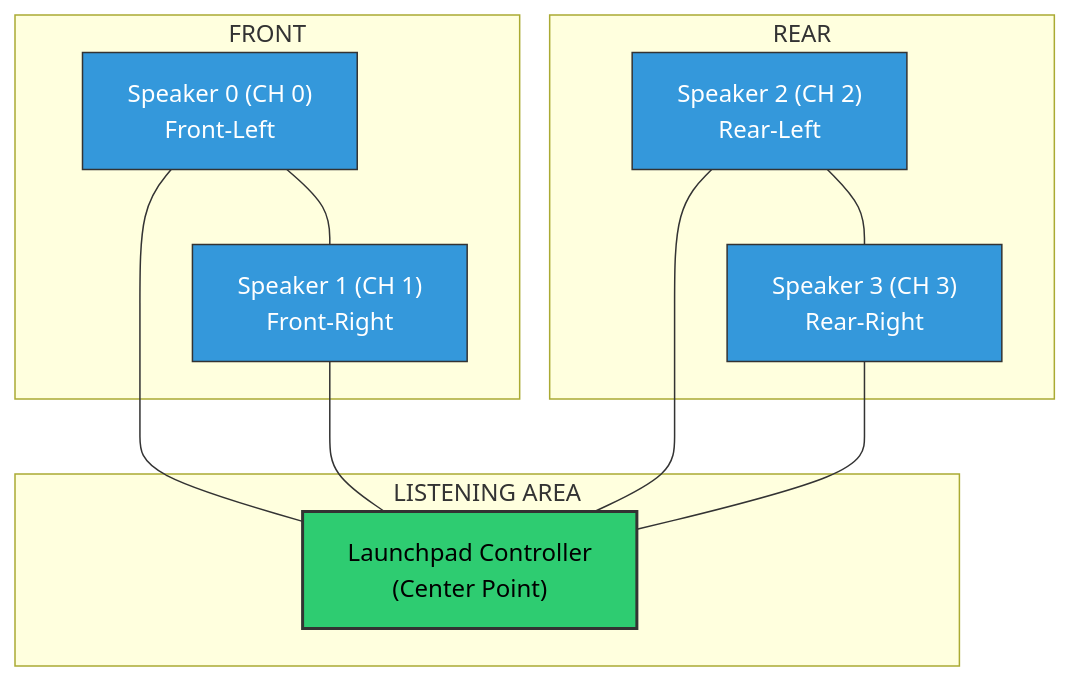
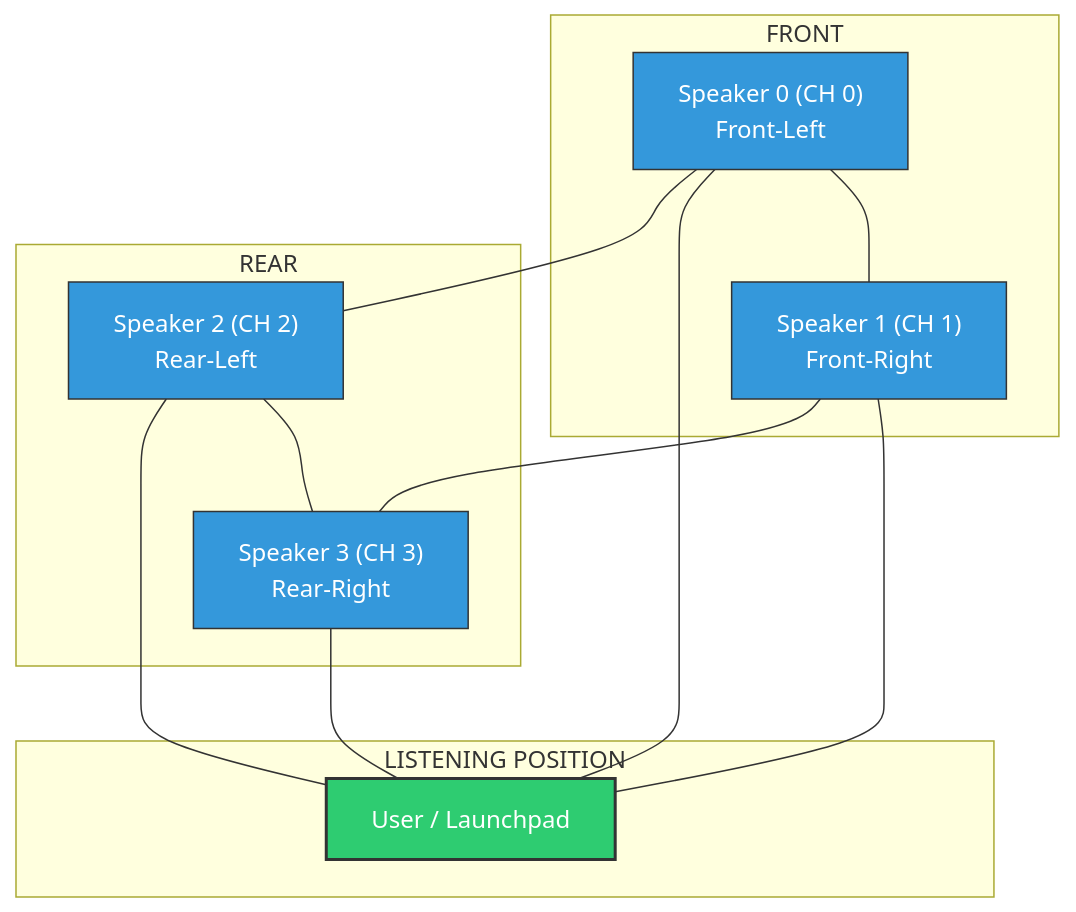
Before and after one commit to YeshiNamkhai/ResonatingWithYou: the diagram in README.md, drawn with Mermaid.

Commit message:
spk# Please enter the commit message for your changes. Lines starting

````diff
--- a/README.md
+++ b/README.md
@@ -98,31 +98,31 @@
 ```mermaid
 graph TD
     subgraph "FRONT"
-        S0["Speaker 0 (CH 0)<br/>Front-Left"]
-        S1["Speaker 1 (CH 1)<br/>Front-Right"]
+        S0["Speaker 0 (CH 0)<br/>Front-Left"] --- S1["Speaker 1 (CH 1)<br/>Front-Right"]
     end
 
-    subgraph "LISTENING AREA"
-        LP["Launchpad Controller<br/>(Center Point)"]
+    subgraph "LISTENING POSITION"
+        LP["User / Launchpad"]
     end
 
     subgraph "REAR"
-        S2["Speaker 2 (CH 2)<br/>Rear-Left"]
-        S3["Speaker 3 (CH 3)<br/>Rear-Right"]
+        S2["Speaker 2 (CH 2)<br/>Rear-Left"] --- S3["Speaker 3 (CH 3)<br/>Rear-Right"]
     end
 
-    %% Positioning Relationships
-    S0 --- S1
+    %% Connection to Center
     S0 --- LP
     S1 --- LP
     S2 --- LP
     S3 --- LP
-    S2 --- S3
 
-    %% Styling
-    style LP fill:#2ecc71,stroke:#333,stroke-width:2px,color:#000
+    %% Side Connections
+    S0 --- S2
+    S1 --- S3
+
+    %% Styling for clarity
+    style LP fill:#2ecc71,stroke:#333,stroke-width:2px,color:#fff
     style S0 fill:#3498db,stroke:#333,color:#fff
     style S1 fill:#3498db,stroke:#333,color:#fff
     style S2 fill:#3498db,stroke:#333,color:#fff
     style S3 fill:#3498db,stroke:#333,color:#fff
 ```
````
